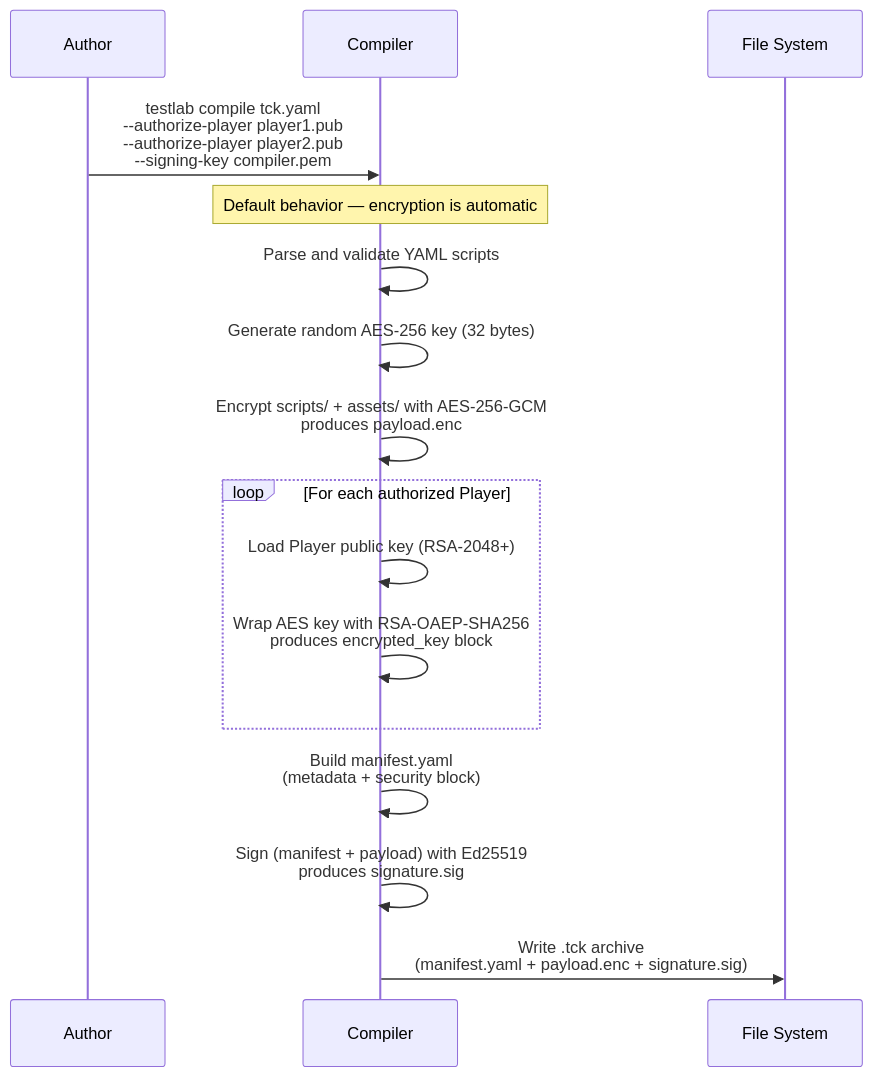
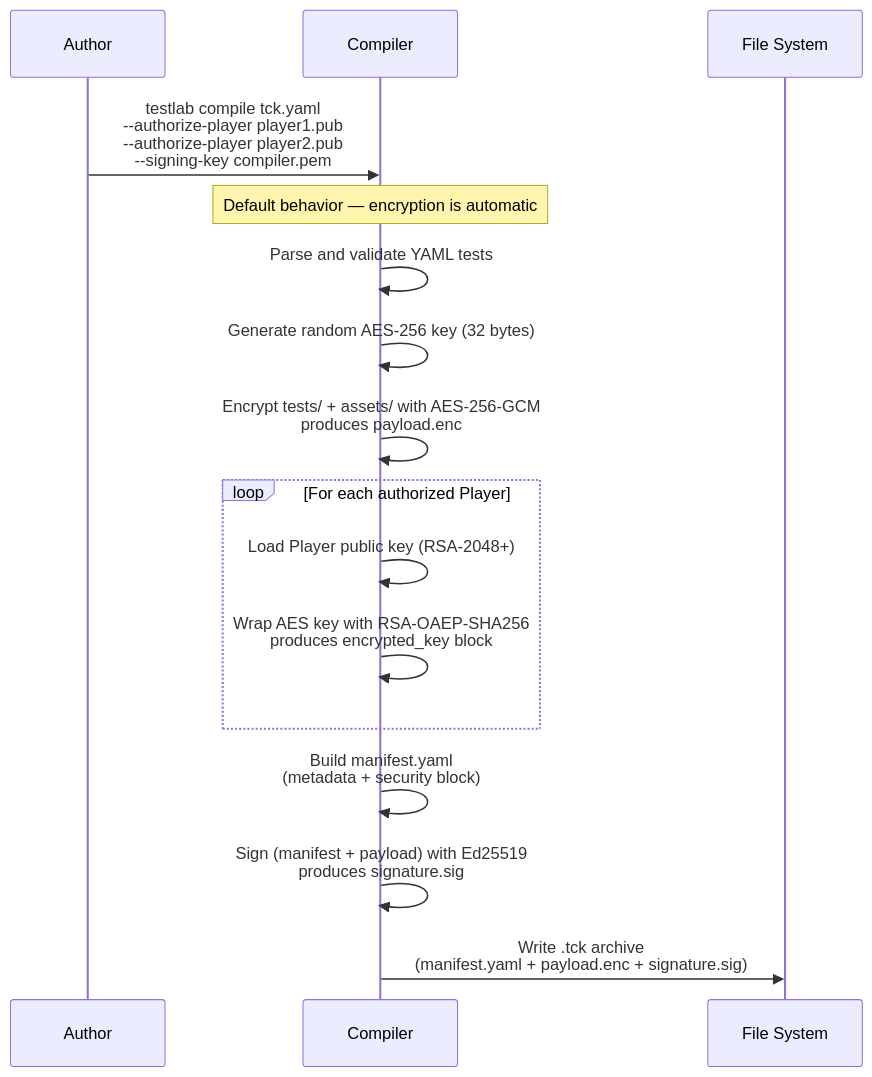
Before and after one commit to eclipse-tractusx/tractusx-testlab: the first of 3 diagrams in docs/specification/specification/security.md, drawn with Mermaid. The commit also changed other lines of this file and 267 other files, not shown here.

````diff
--- a/docs/specification/specification/security.md
+++ b/docs/specification/specification/security.md
@@ -75,23 +75,23 @@
 ```mermaid
 sequenceDiagram
     participant A as Author
     participant C as Compiler
     participant FS as File System
 
     A->>C: testlab compile tck.yaml<br/>--authorize-player player1.pub<br/>--authorize-player player2.pub<br/>--signing-key compiler.pem
 
     Note over C: Default behavior — encryption is automatic
 
-    C->>C: Parse and validate YAML scripts
+    C->>C: Parse and validate YAML tests
     C->>C: Generate random AES-256 key (32 bytes)
-    C->>C: Encrypt scripts/ + assets/ with AES-256-GCM<br/>produces payload.enc
+    C->>C: Encrypt tests/ + assets/ with AES-256-GCM<br/>produces payload.enc
 
     loop For each authorized Player
         C->>C: Load Player public key (RSA-2048+)
         C->>C: Wrap AES key with RSA-OAEP-SHA256<br/>produces encrypted_key block
     end
 
     C->>C: Build manifest.yaml<br/>(metadata + security block)
     C->>C: Sign (manifest + payload) with Ed25519<br/>produces signature.sig
     C->>FS: Write .tck archive<br/>(manifest.yaml + payload.enc + signature.sig)
 ```
````
